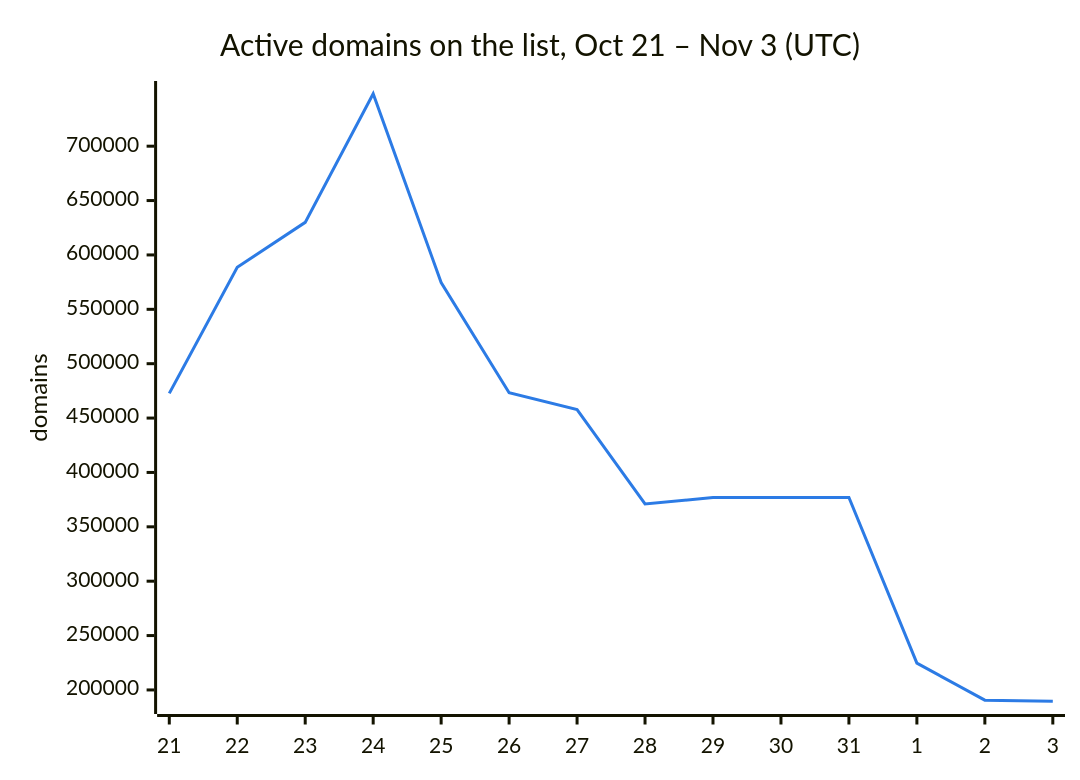
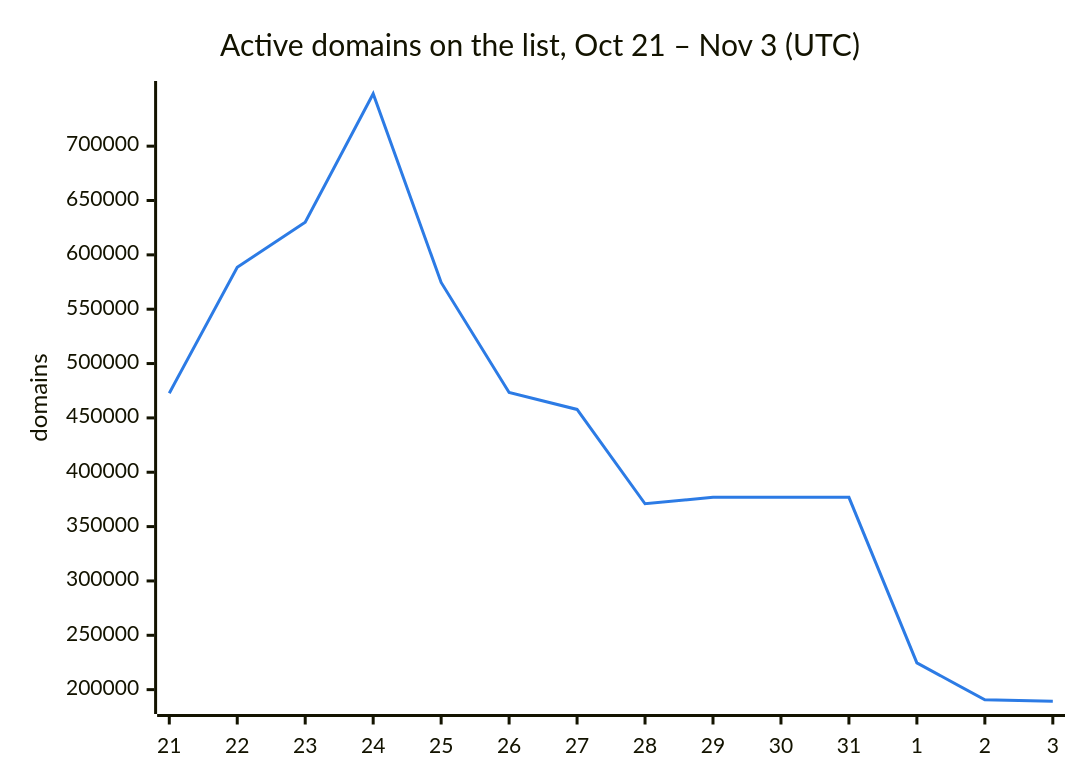
One commit to DNSBunker/CTI changed the second of 3 diagrams in README.md. Above: the diagram before and after it, drawn with Mermaid. The commit also changed other lines of this file and 3 other files, not shown here.

````diff
--- a/README.md
+++ b/README.md
@@ -38,8 +38,8 @@
 ```mermaid
 %%{init: {"themeVariables": {"xyChart": {"plotColorPalette": "#2c7be5"}}}}%%
 xychart-beta
     title "Active domains on the list, Oct 21 – Nov 3 (UTC)"
     x-axis ["21", "22", "23", "24", "25", "26", "27", "28", "29", "30", "31", "1", "2", "3"]
     y-axis "domains"
-    line [472713, 588659, 629951, 748222, 574614, 473331, 457795, 371010, 376945, 376945, 376945, 224607, 190603, 189602]
+    line [472713, 588659, 629951, 748222, 574614, 473331, 457795, 371010, 376945, 376945, 376945, 224607, 190603, 189316]
 ```
````
